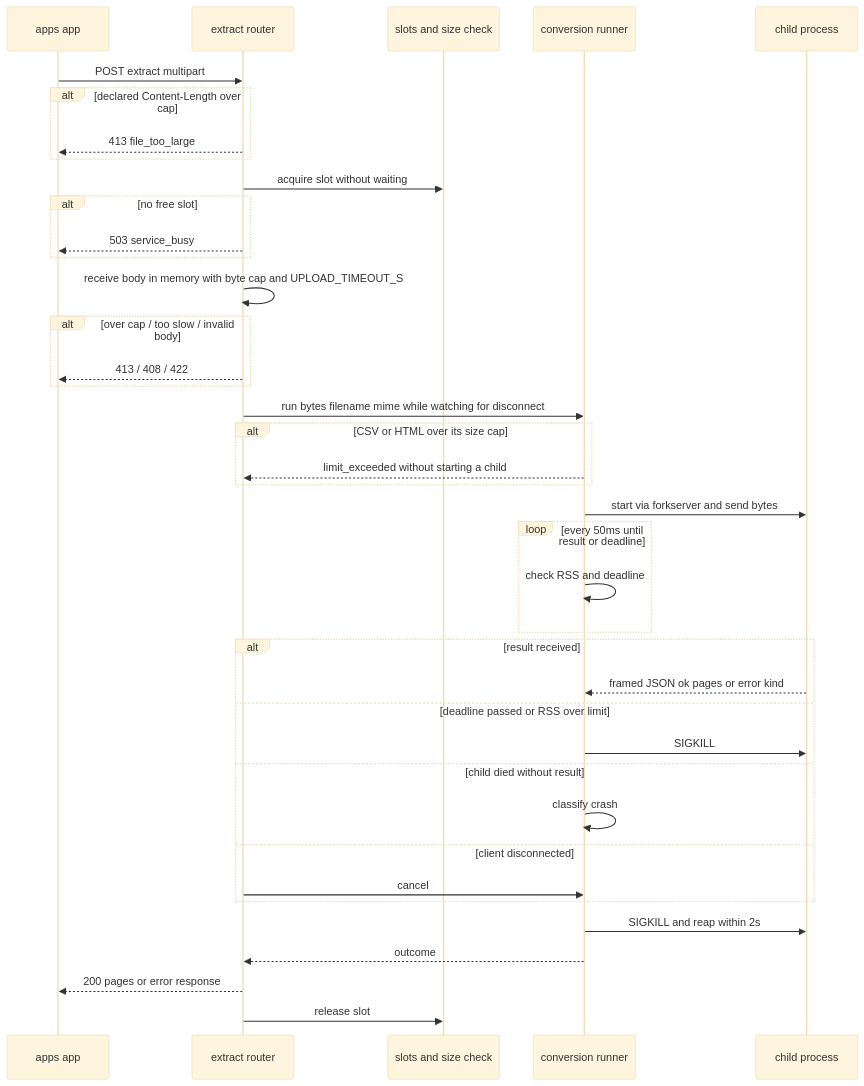
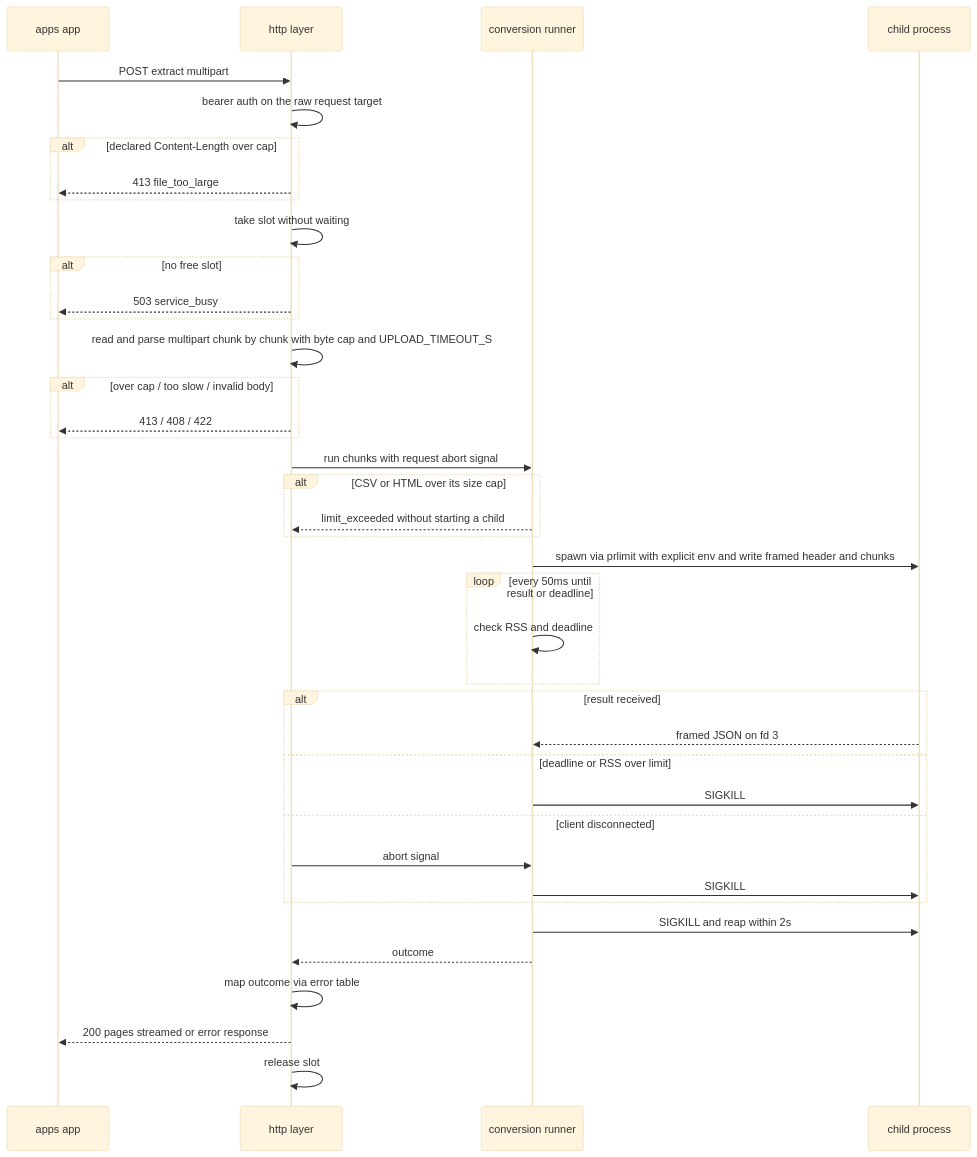
The second of 3 diagrams in .kiro/specs/attachment-search-text-extractor/design.md (growilabs/growi), drawn with Mermaid (base theme) before and after one commit. The commit also changed other lines of this file and 3 other files, not shown here.

````diff
--- a/.kiro/specs/attachment-search-text-extractor/design.md
+++ b/.kiro/specs/attachment-search-text-extractor/design.md
@@ -156,41 +196,41 @@
 ```mermaid
 sequenceDiagram
     participant App as apps app
-    participant Router as extract router
-    participant Slots as slots and size check
+    participant Http as http layer
     participant Runner as conversion runner
     participant Child as child process
-    App->>Router: POST extract multipart
+    App->>Http: POST extract multipart
+    Http->>Http: bearer auth on the raw request target
     alt declared Content-Length over cap
-        Router-->>App: 413 file_too_large
+        Http-->>App: 413 file_too_large
     end
-    Router->>Slots: acquire slot without waiting
+    Http->>Http: take slot without waiting
     alt no free slot
-        Router-->>App: 503 service_busy
+        Http-->>App: 503 service_busy
     end
-    Router->>Router: receive body in memory with byte cap and UPLOAD_TIMEOUT_S
+    Http->>Http: read and parse multipart chunk by chunk with byte cap and UPLOAD_TIMEOUT_S
     alt over cap / too slow / invalid body
-        Router-->>App: 413 / 408 / 422
+        Http-->>App: 413 / 408 / 422
     end
-    Router->>Runner: run bytes filename mime while watching for disconnect
+    Http->>Runner: run chunks with request abort signal
     alt CSV or HTML over its size cap
-        Runner-->>Router: limit_exceeded without starting a child
+        Runner-->>Http: limit_exceeded without starting a child
     end
-    Runner->>Child: start via forkserver and send bytes
+    Runner->>Child: spawn via prlimit with explicit env and write framed header and chunks
     loop every 50ms until result or deadline
         Runner->>Runner: check RSS and deadline
     end
     alt result received
-        Child-->>Runner: framed JSON ok pages or error kind
-    else deadline passed or RSS over limit
+        Child-->>Runner: framed JSON on fd 3
+    else deadline or RSS over limit
         Runner->>Child: SIGKILL
-    else child died without result
-        Runner->>Runner: classify crash
     else client disconnected
-        Router->>Runner: cancel
+        Http->>Runner: abort signal
+        Runner->>Child: SIGKILL
     end
     Runner->>Child: SIGKILL and reap within 2s
-    Runner-->>Router: outcome
-    Router-->>App: 200 pages or error response
-    Router->>Slots: release slot
+    Runner-->>Http: outcome
+    Http->>Http: map outcome via error table
+    Http-->>App: 200 pages streamed or error response
+    Http->>Http: release slot
 ```
````
